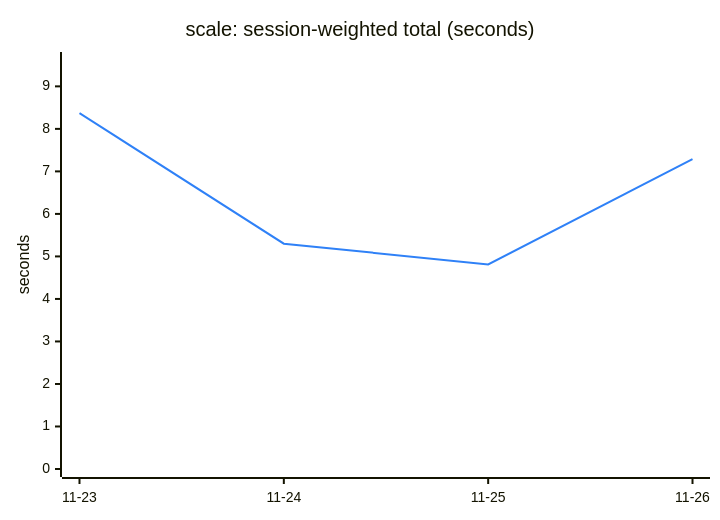
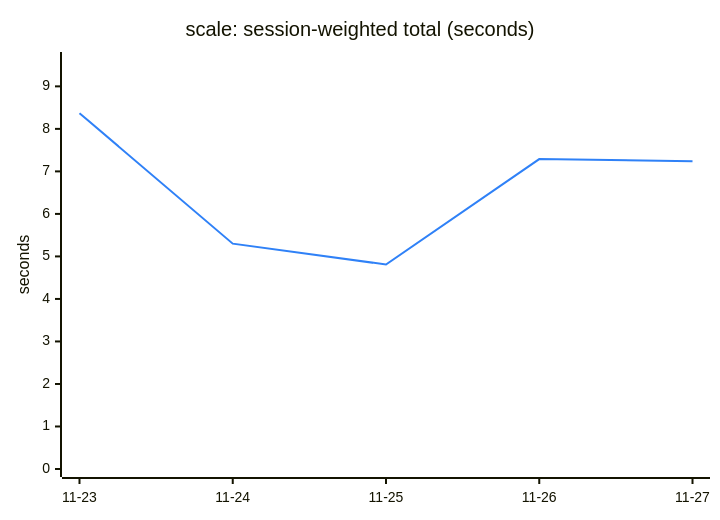
Before and after one commit to engalar/mxcli: the third of 6 diagrams in TREND.md, drawn with Mermaid. The commit also changed other lines of this file and 2 other files, not shown here.

````diff
--- a/TREND.md
+++ b/TREND.md
@@ -83,13 +83,13 @@
 ```mermaid
 ---
 config:
   themeVariables:
     xyChart:
       plotColorPalette: "#2f81f7"
 ---
 xychart-beta
     title "scale: session-weighted total (seconds)"
-    x-axis ["11-23", "11-24", "11-25", "11-26"]
+    x-axis ["11-23", "11-24", "11-25", "11-26", "11-27"]
     y-axis "seconds" 0 --> 9.62
-    line [8.37, 5.30, 4.81, 7.29]
+    line [8.37, 5.30, 4.81, 7.29, 7.24]
 ```
````
